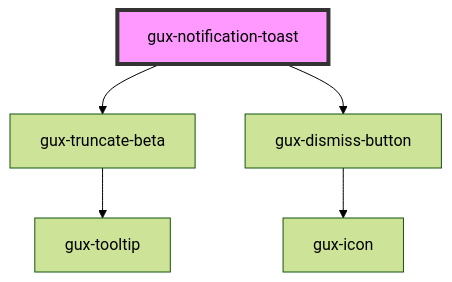
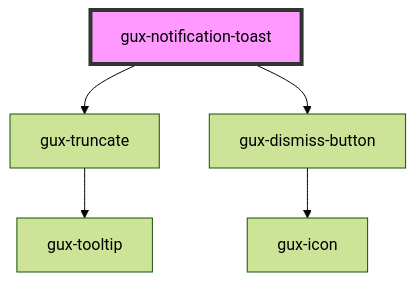
One commit to MyPureCloud/genesys-spark changed the diagram in packages/genesys-spark-components/src/components/stable/gux-notification-toast/readme.md. Above: the diagram before and after it, drawn with Mermaid (forest theme). The commit also changed other lines of this file and 39 other files, not shown here.

First line of the commit message:
refactor(truncate): move from beta to stable

````diff
--- a/packages/genesys-spark-components/src/components/stable/gux-notification-toast/readme.md
+++ b/packages/genesys-spark-components/src/components/stable/gux-notification-toast/readme.md
@@ -37,8 +37,8 @@
 ```mermaid
 graph TD;
-  gux-notification-toast --> gux-truncate-beta
+  gux-notification-toast --> gux-truncate
   gux-notification-toast --> gux-dismiss-button
-  gux-truncate-beta --> gux-tooltip
+  gux-truncate --> gux-tooltip
   gux-dismiss-button --> gux-icon
   style gux-notification-toast fill:#f9f,stroke:#333,stroke-width:4px
 ```
````
